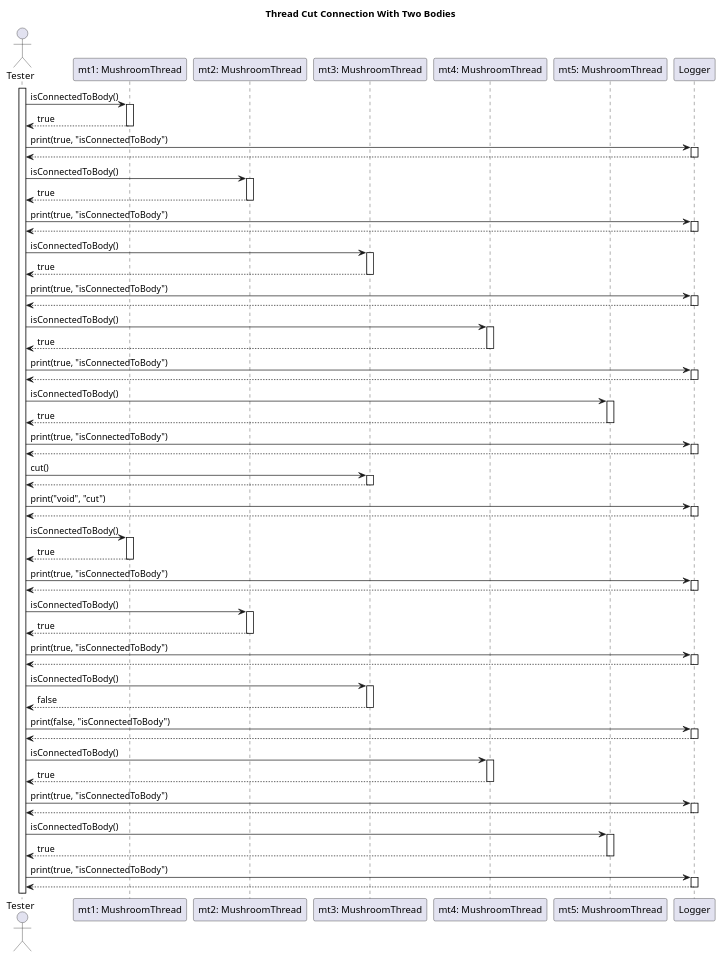
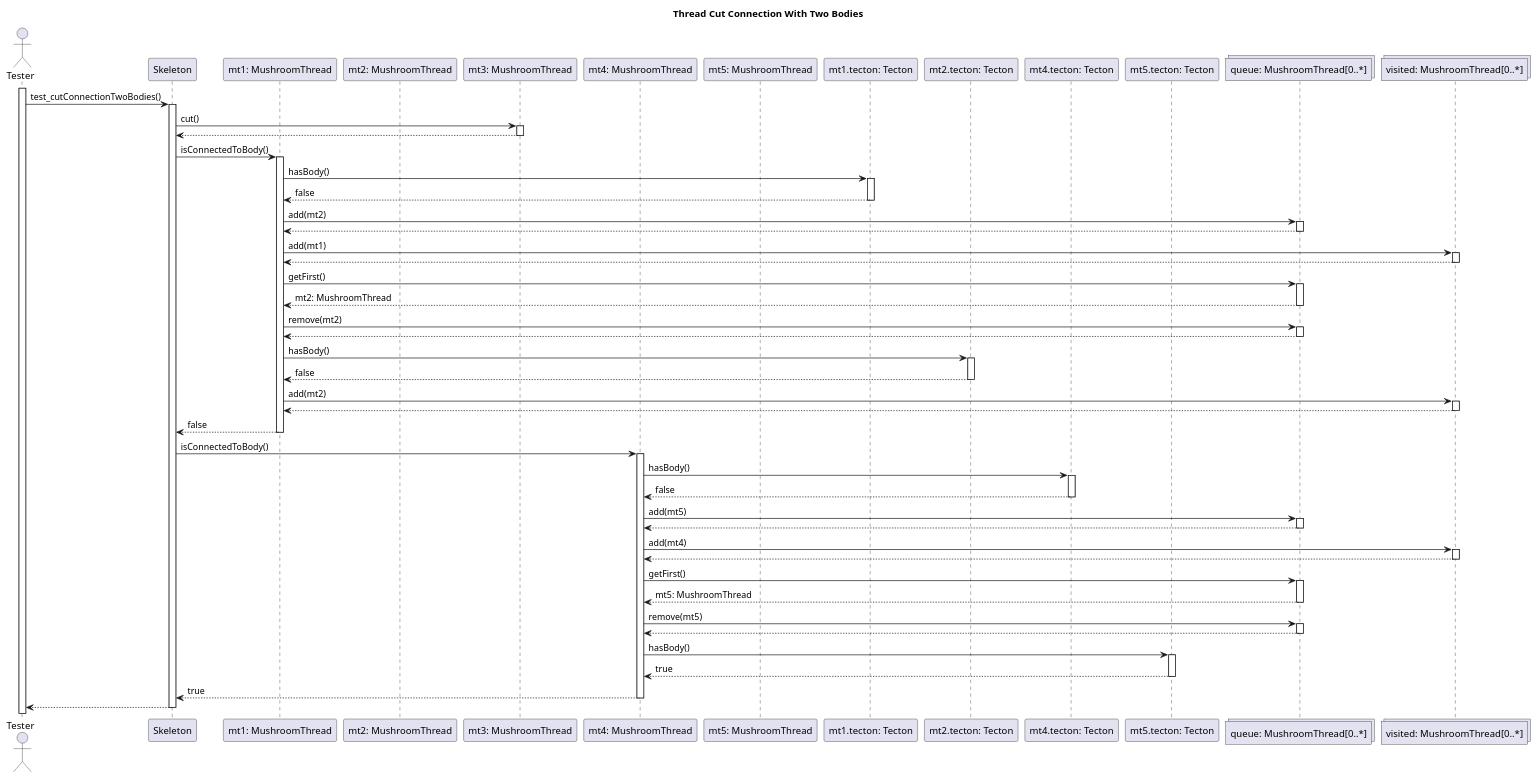
Before and after one commit to dzsem/projlab: the diagram in diagrams/test-sequence/mushroom/threadCutConnectionTwoBodies.wsd, drawn with PlantUML. The commit also changed 2 other files, not shown here.

Commit message:
fixed cutConnectionTwoBodies

```diff
--- a/diagrams/test-sequence/mushroom/threadCutConnectionTwoBodies.wsd
+++ b/diagrams/test-sequence/mushroom/threadCutConnectionTwoBodies.wsd
@@ -1,127 +1,116 @@
 @startuml  Cut Connection With Two Bodies
 
 title Thread Cut Connection With Two Bodies
 
 actor "Tester" as tester
+participant "Skeleton" as skeleton
 
 participant "mt1: MushroomThread" as mt1
 participant "mt2: MushroomThread" as mt2
 participant "mt3: MushroomThread" as mt3
 participant "mt4: MushroomThread" as mt4
 participant "mt5: MushroomThread" as mt5
 
-participant "Logger" as logger
+participant "mt1.tecton: Tecton" as t1
+participant "mt2.tecton: Tecton" as t2
+participant "mt4.tecton: Tecton" as t4
+participant "mt5.tecton: Tecton" as t5
+
+collections "queue: MushroomThread[0..*]" as q
+collections "visited: MushroomThread[0..*]" as visited
 
 activate tester
 
-tester -> mt1: isConnectedToBody()
+tester -> skeleton: test_cutConnectionTwoBodies()
+activate skeleton
+
+' CUT
+skeleton -> mt3: cut()
+activate mt3
+mt3 --> skeleton
+deactivate mt3
+
+' MT 1
+skeleton -> mt1: isConnectedToBody()
 activate mt1
-mt1 --> tester: true
+
+mt1 -> t1: hasBody()
+activate t1
+t1 --> mt1: false
+deactivate t1
+
+mt1 -> q: add(mt2)
+activate q
+q --> mt1
+deactivate q
+
+mt1 -> visited: add(mt1)
+activate visited
+visited --> mt1
+deactivate visited
+
+mt1 -> q: getFirst()
+activate q
+q --> mt1: mt2: MushroomThread
+deactivate q
+
+mt1 -> q: remove(mt2)
+activate q
+q --> mt1
+deactivate q
+
+mt1 -> t2: hasBody()
+activate t2
+t2 --> mt1: false
+deactivate t2
+
+mt1 -> visited: add(mt2)
+activate visited
+visited --> mt1
+deactivate visited
+
+mt1 --> skeleton: false
 deactivate mt1
 
-tester -> logger: print(true, "isConnectedToBody")
-activate logger
-logger --> tester
-deactivate logger
+' MT 4
 
-tester -> mt2: isConnectedToBody()
-activate mt2
-mt2 --> tester: true
-deactivate mt2
+skeleton -> mt4: isConnectedToBody()
+activate mt4
 
-tester -> logger: print(true, "isConnectedToBody")
-activate logger
-logger --> tester
-deactivate logger
+mt4 -> t4: hasBody()
+activate t4
+t4 --> mt4: false
+deactivate t4
 
-tester -> mt3: isConnectedToBody()
-activate mt3
-mt3 --> tester: true
-deactivate mt3
+mt4 -> q: add(mt5)
+activate q
+q --> mt4
+deactivate q
 
-tester -> logger: print(true, "isConnectedToBody")
-activate logger
-logger --> tester
-deactivate logger
+mt4 -> visited: add(mt4)
+activate visited
+visited --> mt4
+deactivate visited
 
-tester -> mt4: isConnectedToBody()
-activate mt4
-mt4 --> tester: true
+mt4 -> q: getFirst()
+activate q
+q --> mt4: mt5: MushroomThread
+deactivate q
+
+mt4 -> q: remove(mt5)
+activate q
+q --> mt4
+deactivate q
+
+mt4 -> t5: hasBody()
+activate t5
+t5 --> mt4: true
+deactivate t5
+
+mt4 --> skeleton: true
 deactivate mt4
 
-tester -> logger: print(true, "isConnectedToBody")
-activate logger
-logger --> tester
-deactivate logger
-
-tester -> mt5: isConnectedToBody()
-activate mt5
-mt5 --> tester: true
-deactivate mt5
-
-tester -> logger: print(true, "isConnectedToBody")
-activate logger
-logger --> tester
-deactivate logger
-
-tester -> mt3: cut()
-activate mt3
-mt3 --> tester
-deactivate mt3
-
-tester -> logger: print("void", "cut")
-activate logger
-logger --> tester
-deactivate logger
-
-tester -> mt1: isConnectedToBody()
-activate mt1
-mt1 --> tester: true
-deactivate mt1
-
-tester -> logger: print(true, "isConnectedToBody")
-activate logger
-logger --> tester
-deactivate logger
-
-tester -> mt2: isConnectedToBody()
-activate mt2
-mt2 --> tester: true
-deactivate mt2
-
-tester -> logger: print(true, "isConnectedToBody")
-activate logger
-logger --> tester
-deactivate logger
-
-tester -> mt3: isConnectedToBody()
-activate mt3
-mt3 --> tester: false
-deactivate mt3
-
-tester -> logger: print(false, "isConnectedToBody")
-activate logger
-logger --> tester
-deactivate logger
-
-tester -> mt4: isConnectedToBody()
-activate mt4
-mt4 --> tester: true
-deactivate mt4
-
-tester -> logger: print(true, "isConnectedToBody")
-activate logger
-logger --> tester
-deactivate logger
-
-tester -> mt5: isConnectedToBody()
-activate mt5
-mt5 --> tester: true
-deactivate mt5
-
-tester -> logger: print(true, "isConnectedToBody")
-activate logger
-logger --> tester
-deactivate logger
+skeleton --> tester
+deactivate skeleton
 
 @enduml
```
